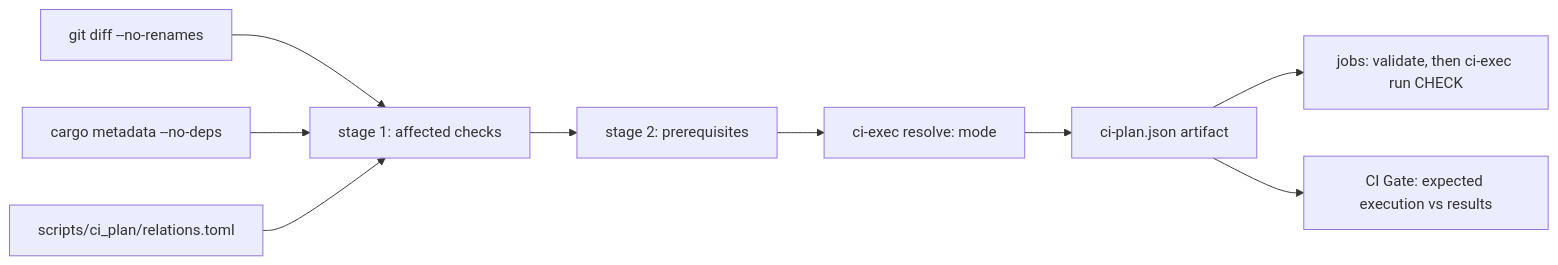
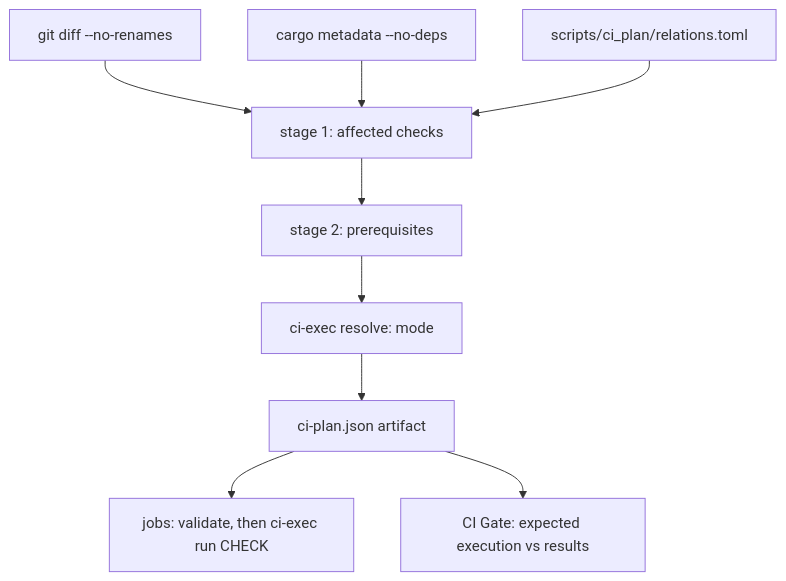
The diagram in contributing/ci.md (Bookclerk/bookclerk-docs), drawn with Mermaid before and after one commit. The commit also changed 9 other files, not shown here.

````diff
--- a/contributing/ci.md
+++ b/contributing/ci.md
@@ -97,11 +97,11 @@
 ```mermaid
-flowchart LR
+flowchart TB
   Diff["git diff --no-renames"] --> Stage1["stage 1: affected checks"]
   Meta["cargo metadata --no-deps"] --> Stage1
   Rel["scripts/ci_plan/relations.toml"] --> Stage1
   Stage1 --> Stage2["stage 2: prerequisites"]
   Stage2 --> Resolve["ci-exec resolve: mode"]
   Resolve --> Artifact["ci-plan.json artifact"]
   Artifact --> Jobs["jobs: validate, then ci-exec run CHECK"]
   Artifact --> Gate["CI Gate: expected execution vs results"]
 ```
````
